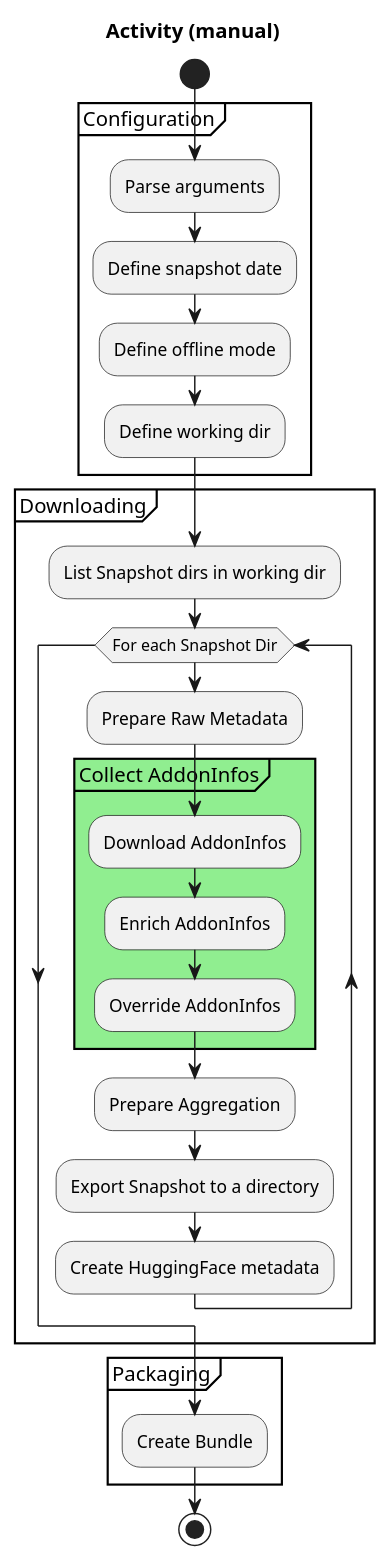
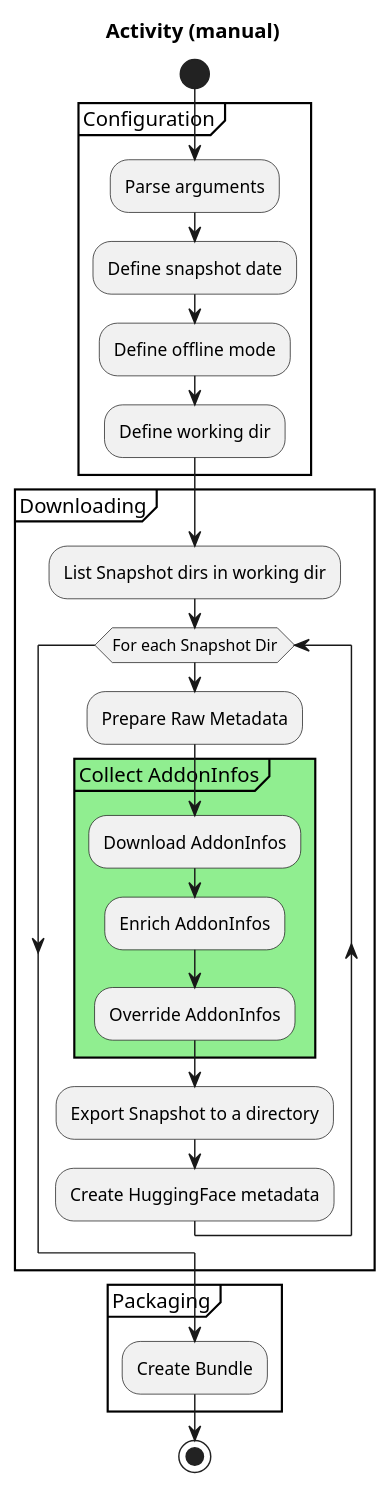
Before and after one commit to Aleks-Ya/anki-addons-dataset: the diagram in doc/uml/human/activity.puml, drawn with PlantUML. The commit also changed 18 other files, not shown here.

```diff
--- a/doc/uml/human/activity.puml
+++ b/doc/uml/human/activity.puml
@@ -1,36 +1,35 @@
 @startuml
 'https://plantuml.com/activity-diagram-beta
 
 title Activity (manual)
 
 start
 
 group Configuration {
     :Parse arguments;
     :Define snapshot date;
     :Define offline mode;
     :Define working dir;
 }
 
 group Downloading {
     :List Snapshot dirs in working dir;
     while (For each Snapshot Dir)
         :Prepare Raw Metadata;
         group Collect AddonInfos #lightgreen {
             :Download AddonInfos;
             :Enrich AddonInfos;
             :Override AddonInfos;
         }
-        :Prepare Aggregation;
         :Export Snapshot to a directory;
         :Create HuggingFace metadata;
     endwhile
 }
 
 group Packaging {
     :Create Bundle;
 }
 
 stop
 
 @enduml
```
